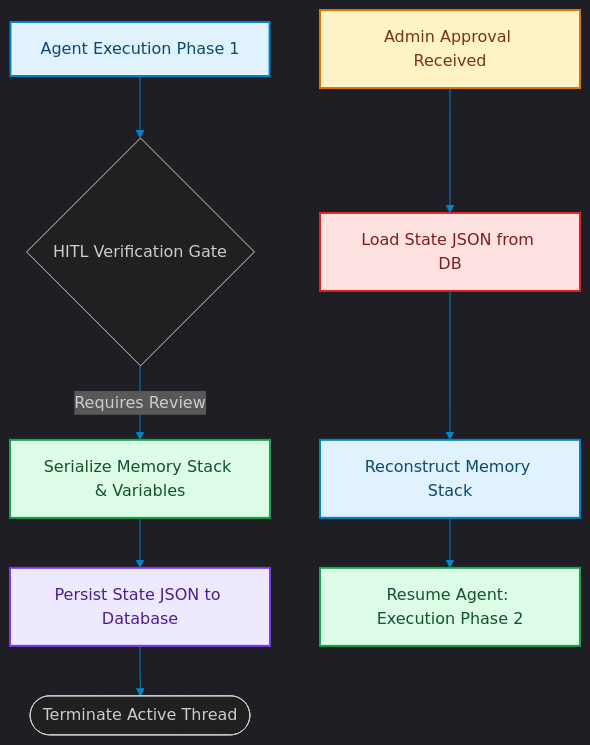
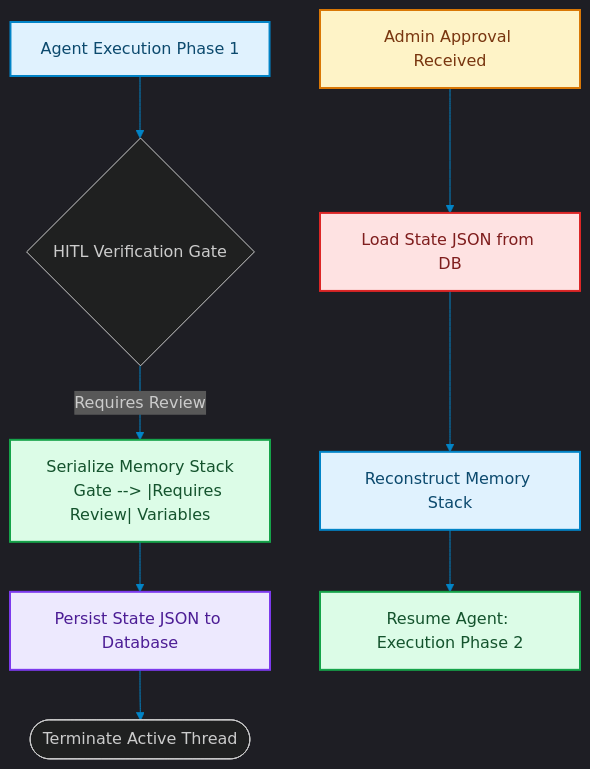
The diagram in blog/posts/hitl-state-machine-checkpoint-persistence.md (akmalkhaniub/akmalkhaniub.github.io), drawn with Mermaid before and after one commit. The commit also changed other lines of this file and 894 other files, not shown here.

Commit message:
feat(blog): upgrade all 444 posts with unique staggered dates, 2-col Mermaid spines, benchmark tables, code blocks, and trade-offs

````diff
--- a/blog/posts/hitl-state-machine-checkpoint-persistence.md
+++ b/blog/posts/hitl-state-machine-checkpoint-persistence.md
@@ -16,24 +16,25 @@
 ```mermaid
 %%{init: {'theme': 'dark', 'themeVariables': { 'primaryColor': '#0284c7', 'primaryTextColor': '#f3f4f6', 'primaryBorderColor': '#38bdf8', 'lineColor': '#0284c7', 'secondaryColor': '#111827', 'tertiaryColor': '#0b0f19'}}}%%
 flowchart TD
     Run["Agent Execution Phase 1"] --> Gate{HITL Verification Gate}
     
-    Gate -->|Requires Review| Serialize["Serialize Memory Stack & Variables"]
+    Gate --> |Requires Review| Serialize["Serialize Memory Stack
+    Gate --> |Requires Review| Variables"]
     Serialize --> DB["Persist State JSON to Database"]
     DB --> Exit([Terminate Active Thread])
     
     Callback["Admin Approval Received"] --> Load["Load State JSON from DB"]
     Load --> Deserialize["Reconstruct Memory Stack"]
     Deserialize --> Resume["Resume Agent: Execution Phase 2"]
 
 classDef green fill:#dcfce7,stroke:#16a34a,stroke-width:2px,color:#14532d;
 classDef red fill:#fee2e2,stroke:#dc2626,stroke-width:2px,color:#7f1d1d;
 classDef blue fill:#e0f2fe,stroke:#0284c7,stroke-width:2px,color:#0c4a6e;
 classDef yellow fill:#fef3c7,stroke:#d97706,stroke-width:2px,color:#78350f;
 classDef purple fill:#ede9fe,stroke:#7c3aed,stroke-width:2px,color:#4c1d95;
 class Run,Deserialize blue
 class Serialize,Resume green
 class DB purple
 class Callback yellow
 class Load red
 ```
````
